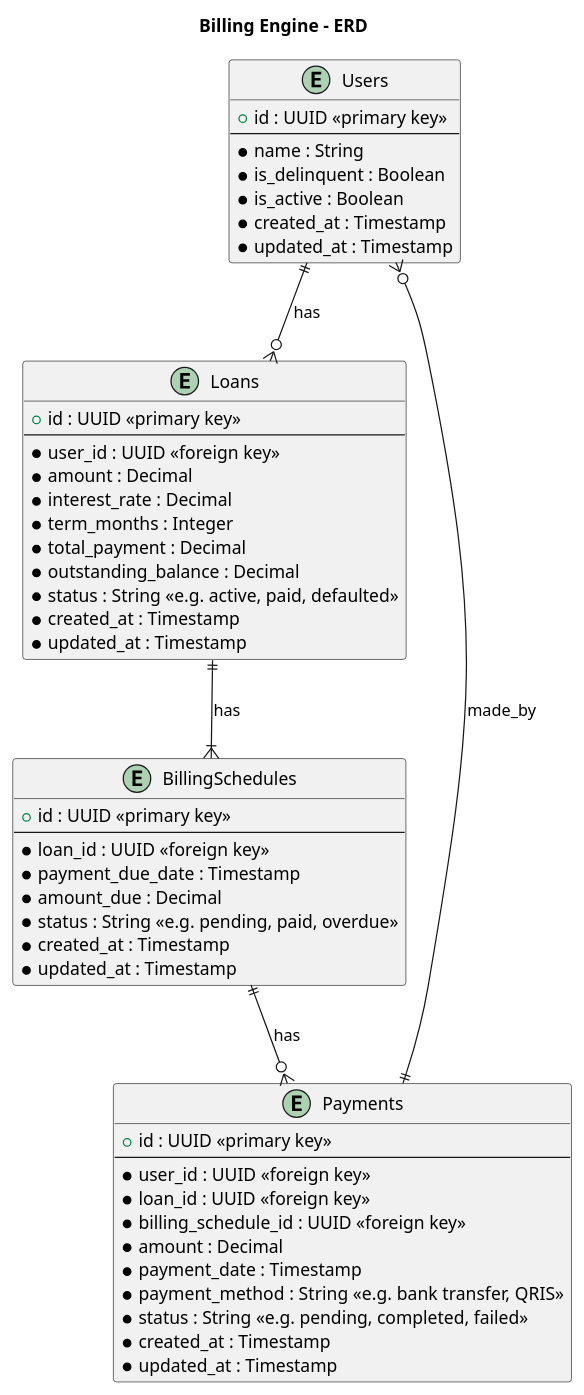
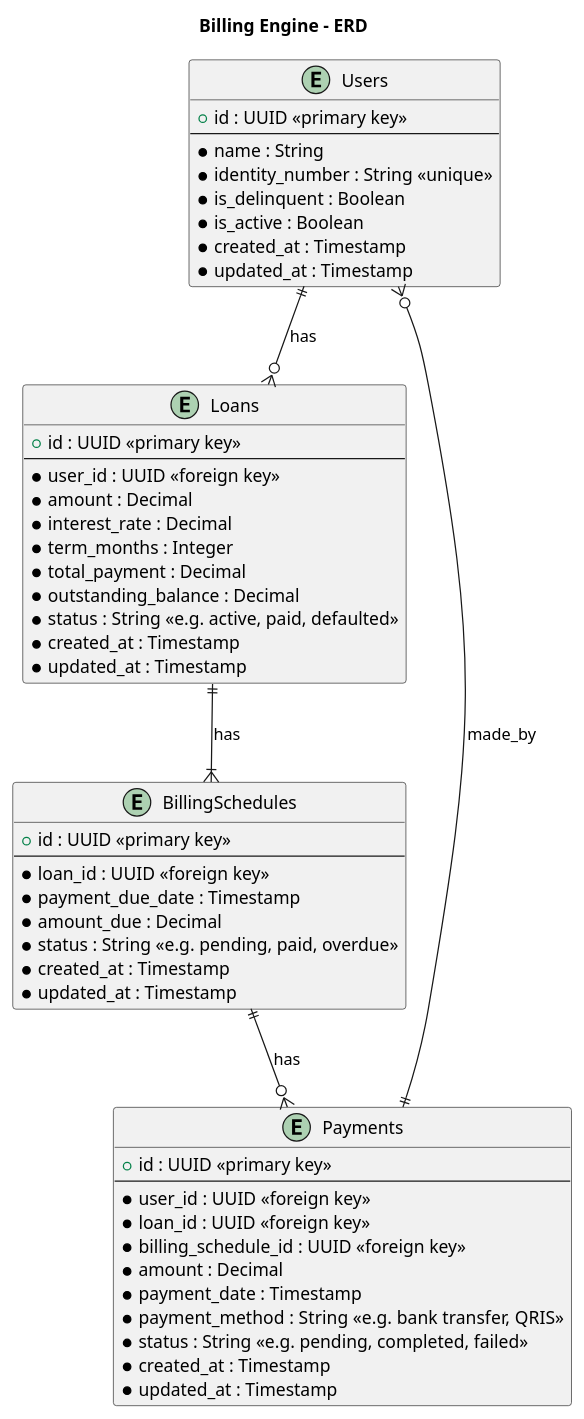
One commit to sientong/billing-engine changed the diagram in erd.puml. Above: the diagram before and after it, drawn with PlantUML. The commit also changed 25 other files, not shown here.

```diff
--- a/erd.puml
+++ b/erd.puml
@@ -1,59 +1,60 @@
 @startuml Billing Engine
 
 title Billing Engine - ERD
 
 entity Users {
     + id : UUID <<primary key>>
     --
     * name : String
+    * identity_number : String <<unique>>
     * is_delinquent : Boolean
     * is_active : Boolean
     * created_at : Timestamp
     * updated_at : Timestamp
 }
 
 entity Loans {
     + id : UUID <<primary key>>
     --
     * user_id : UUID <<foreign key>>
     * amount : Decimal
     * interest_rate : Decimal
     * term_months : Integer
     * total_payment : Decimal
     * outstanding_balance : Decimal
     * status : String <<e.g. active, paid, defaulted>>
     * created_at : Timestamp
     * updated_at : Timestamp
 }
 
 entity BillingSchedules {
     + id : UUID <<primary key>>
     --
     * loan_id : UUID <<foreign key>>
     * payment_due_date : Timestamp
     * amount_due : Decimal
     * status : String <<e.g. pending, paid, overdue>>
     * created_at : Timestamp
     * updated_at : Timestamp
 }
 
 entity Payments {
     + id : UUID <<primary key>>
     --
     * user_id : UUID <<foreign key>>
     * loan_id : UUID <<foreign key>>
     * billing_schedule_id : UUID <<foreign key>>
     * amount : Decimal
     * payment_date : Timestamp
     * payment_method : String <<e.g. bank transfer, QRIS>>
     * status : String <<e.g. pending, completed, failed>>
     * created_at : Timestamp
     * updated_at : Timestamp
 }
 
 Users ||--o{ Loans : has
 Loans ||--|{ BillingSchedules : has
 BillingSchedules ||--o{ Payments : has
 Payments ||--o{ Users : made_by
 
 @enduml
```
